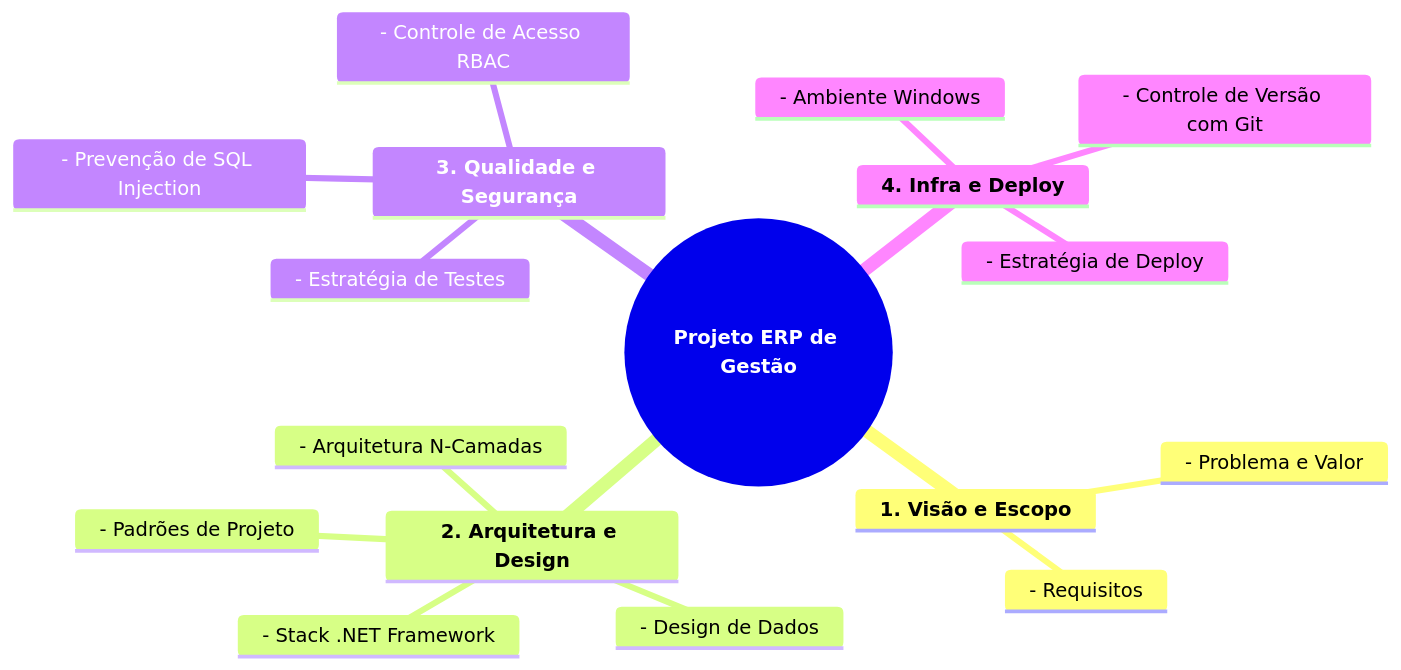
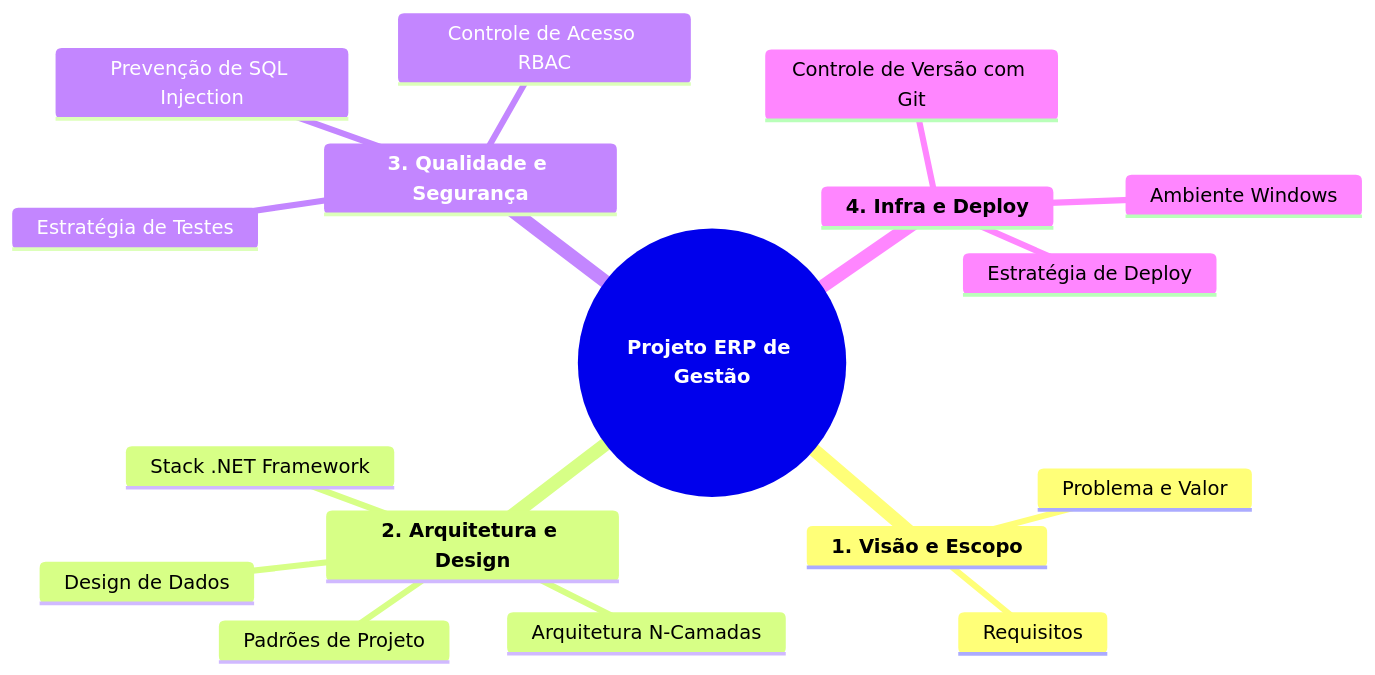
The first of 3 diagrams in README.md (Naasso/Sistema-de-Gest-o-Empresarial-Full-Stack), drawn with Mermaid before and after one commit.

````diff
--- a/README.md
+++ b/README.md
@@ -42,20 +42,20 @@
 ```mermaid
 mindmap
   root((**Projeto ERP de Gestão**))
     **1. Visão e Escopo**
-      - Problema e Valor
-      - Requisitos
+      Problema e Valor
+      Requisitos
     **2. Arquitetura e Design**
-      - Arquitetura N-Camadas
-      - Stack .NET Framework
-      - Padrões de Projeto
-      - Design de Dados
+      Arquitetura N-Camadas
+      Stack .NET Framework
+      Padrões de Projeto
+      Design de Dados
     **3. Qualidade e Segurança**
-      - Estratégia de Testes
-      - Prevenção de SQL Injection
-      - Controle de Acesso RBAC
+      Estratégia de Testes
+      Prevenção de SQL Injection
+      Controle de Acesso RBAC
     **4. Infra e Deploy**
-      - Ambiente Windows
-      - Controle de Versão com Git
-      - Estratégia de Deploy
+      Ambiente Windows
+      Controle de Versão com Git
+      Estratégia de Deploy
 ```
````
